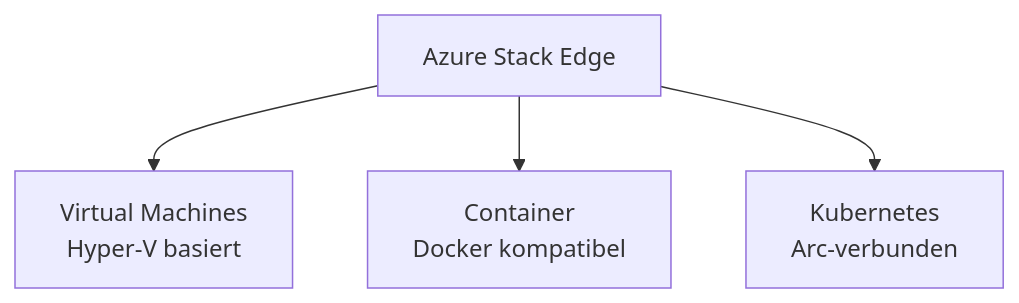
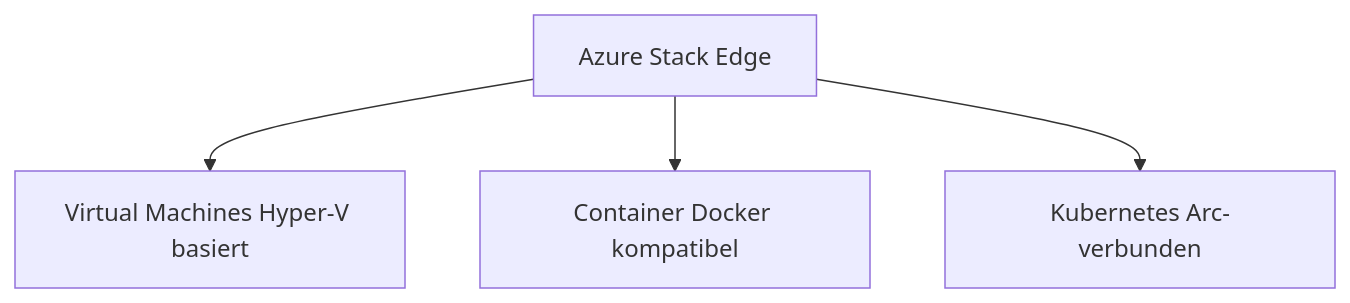
The fifth of 12 diagrams in Microsoft 365/Azure/Arc/Azure Stack Edge.md (SoniiiT/notes-n-docs), drawn with Mermaid before and after one commit. The commit also changed other lines of this file and 124 other files, not shown here.

First line of the commit message:
fix: Entferne \n aus allen Mermaid-Diagrammen (125 Dateien)

````diff
--- a/Microsoft 365/Azure/Arc/Azure Stack Edge.md
+++ b/Microsoft 365/Azure/Arc/Azure Stack Edge.md
@@ -214,11 +214,11 @@
 ```mermaid
 graph TD
     ASE[Azure Stack Edge]
-    VMS[Virtual Machines\nHyper-V basiert]
-    CONTAINERS[Container\nDocker kompatibel]
-    K8S[Kubernetes\nArc-verbunden]
+    VMS[Virtual Machines Hyper-V basiert]
+    CONTAINERS[Container Docker kompatibel]
+    K8S[Kubernetes Arc-verbunden]
 
     ASE --> VMS
     ASE --> CONTAINERS
     ASE --> K8S
 ```
````
